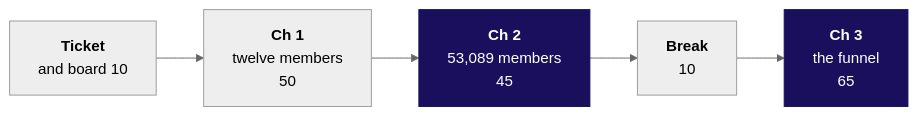
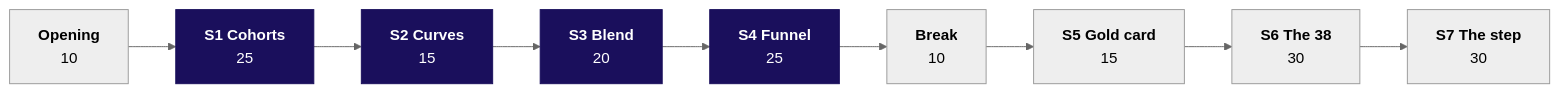
Before and after one commit to fde-academy-lab/c2-content-factory: the second of 2 diagrams in content/W04/D4/trainer/C2_W04_D04_day_sheet_TRAINER.md, drawn with Mermaid (neutral theme). The commit also changed other lines of this file and 12 other files, not shown here.

````diff
--- a/content/W04/D4/trainer/C2_W04_D04_day_sheet_TRAINER.md
+++ b/content/W04/D4/trainer/C2_W04_D04_day_sheet_TRAINER.md
@@ -67,6 +137,6 @@
 ```mermaid
 flowchart LR
-    T["<b>Ticket</b><br/>and board 10"] --> C1["<b>Ch 1</b><br/>twelve members<br/>50"] --> C2["<b>Ch 2</b><br/>53,089 members<br/>45"] --> B["<b>Break</b><br/>10"] --> C3["<b>Ch 3</b><br/>the funnel<br/>65"]
+    O["<b>Opening</b><br/>10"] --> C1["<b>S1 Cohorts</b><br/>25"] --> C2["<b>S2 Curves</b><br/>15"] --> C3["<b>S3 Blend</b><br/>20"] --> C4["<b>S4 Funnel</b><br/>25"] --> B["<b>Break</b><br/>10"] --> K5["<b>S5 Gold card</b><br/>15"] --> K6["<b>S6 The 38</b><br/>30"] --> K7["<b>S7 The step</b><br/>30"]
     classDef core fill:#1A0F5C,stroke:#1A0F5C,color:#FFFFFF
-    class C2,C3 core
+    class C1,C2,C3,C4 core
 ```
````
